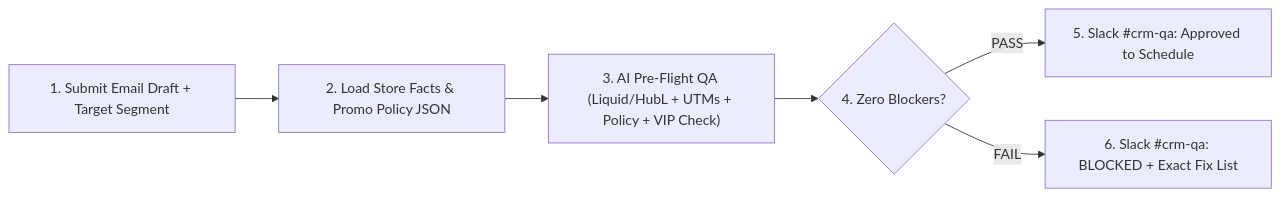
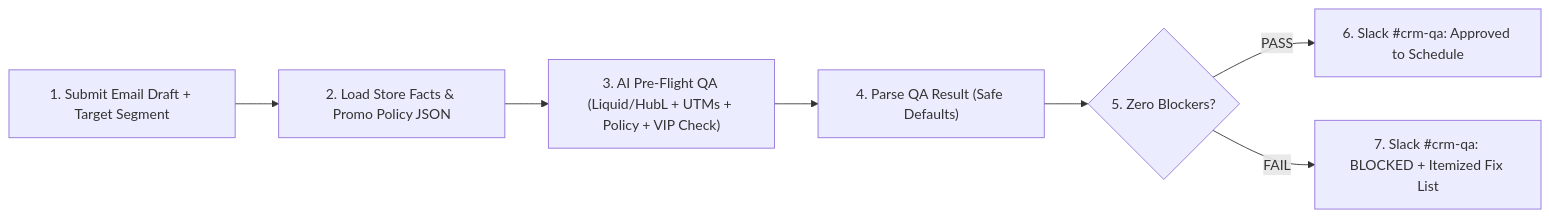
One commit to errer441122/lifecycle-automation-lab changed the diagram in README.md. Above: the diagram before and after it, drawn with Mermaid. The commit also changed other lines of this file and 9 other files, not shown here.

Commit message:
Clean obsolete script refs in field notes, fix Slack itemized blockers list, split error workflow & sync showcase

````diff
--- a/README.md
+++ b/README.md
@@ -26,8 +28,9 @@
 ```mermaid
 flowchart LR
     F["1. Submit Email Draft + Target Segment"] --> P["2. Load Store Facts & Promo Policy JSON"]
     P --> AI["3. AI Pre-Flight QA (Liquid/HubL + UTMs + Policy + VIP Check)"]
-    AI --> G{"4. Zero Blockers?"}
-    G -- "PASS" --> OK["5. Slack #crm-qa: Approved to Schedule"]
-    G -- "FAIL" --> NO["6. Slack #crm-qa: BLOCKED + Exact Fix List"]
+    AI --> PS["4. Parse QA Result (Safe Defaults)"]
+    PS --> G{"5. Zero Blockers?"}
+    G -- "PASS" --> OK["6. Slack #crm-qa: Approved to Schedule"]
+    G -- "FAIL" --> NO["7. Slack #crm-qa: BLOCKED + Itemized Fix List"]
 ```
````
